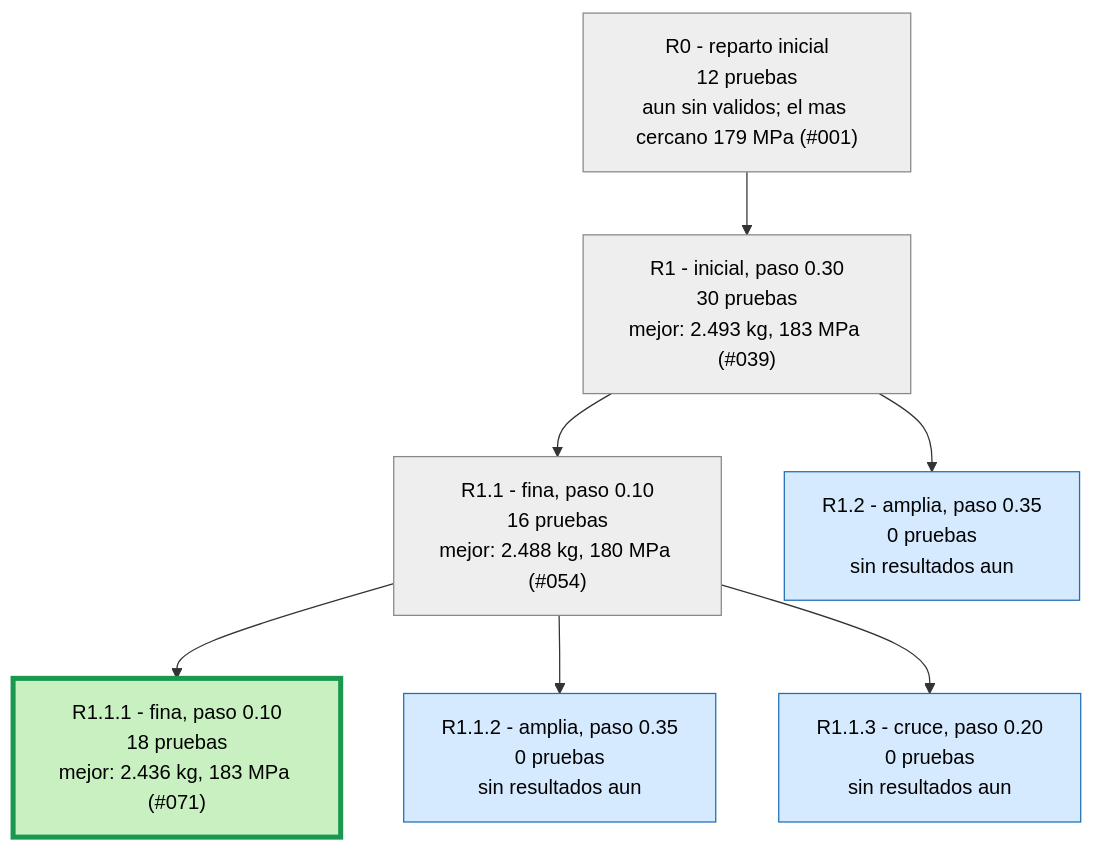
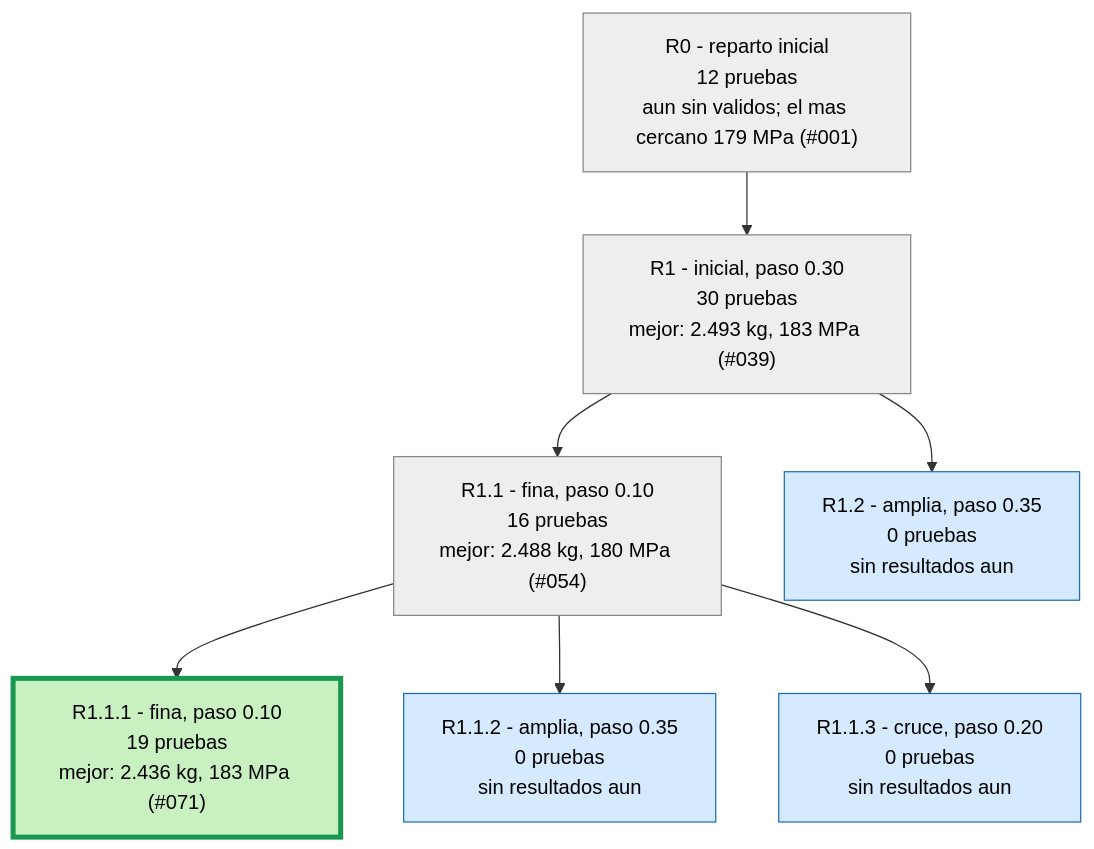
Before and after one commit to Hugiko/msd-soporte-optimizacion: the second of 3 diagrams in runs/opt_37800N/ARBOL.md, drawn with Mermaid. The commit also changed 22 other files, not shown here.

````diff
--- a/runs/opt_37800N/ARBOL.md
+++ b/runs/opt_37800N/ARBOL.md
@@ -25,19 +25,19 @@
 ```mermaid
 graph TD
 classDef activa fill:#d6eaff,stroke:#1f6fb5,color:#000
 classDef fin fill:#eeeeee,stroke:#888,color:#000
 classDef mejor fill:#c8f0c0,stroke:#1a9850,stroke-width:4px,color:#000
 R0["R0 - reparto inicial<br/>12 pruebas<br/>aun sin validos; el mas cercano 179 MPa (#001)"]:::fin
 R1["R1 - inicial, paso 0.30<br/>30 pruebas<br/>mejor: 2.493 kg, 183 MPa (#039)"]:::fin
 R0 --> R1
 R1_1["R1.1 - fina, paso 0.10<br/>16 pruebas<br/>mejor: 2.488 kg, 180 MPa (#054)"]:::fin
 R1 --> R1_1
 R1_2["R1.2 - amplia, paso 0.35<br/>0 pruebas<br/>sin resultados aun"]:::activa
 R1 --> R1_2
-R1_1_1["R1.1.1 - fina, paso 0.10<br/>18 pruebas<br/>mejor: 2.436 kg, 183 MPa (#071)"]:::mejor
+R1_1_1["R1.1.1 - fina, paso 0.10<br/>19 pruebas<br/>mejor: 2.436 kg, 183 MPa (#071)"]:::mejor
 R1_1 --> R1_1_1
 R1_1_2["R1.1.2 - amplia, paso 0.35<br/>0 pruebas<br/>sin resultados aun"]:::activa
 R1_1 --> R1_1_2
 R1_1_3["R1.1.3 - cruce, paso 0.20<br/>0 pruebas<br/>sin resultados aun"]:::activa
 R1_1 --> R1_1_3
 ```
````
